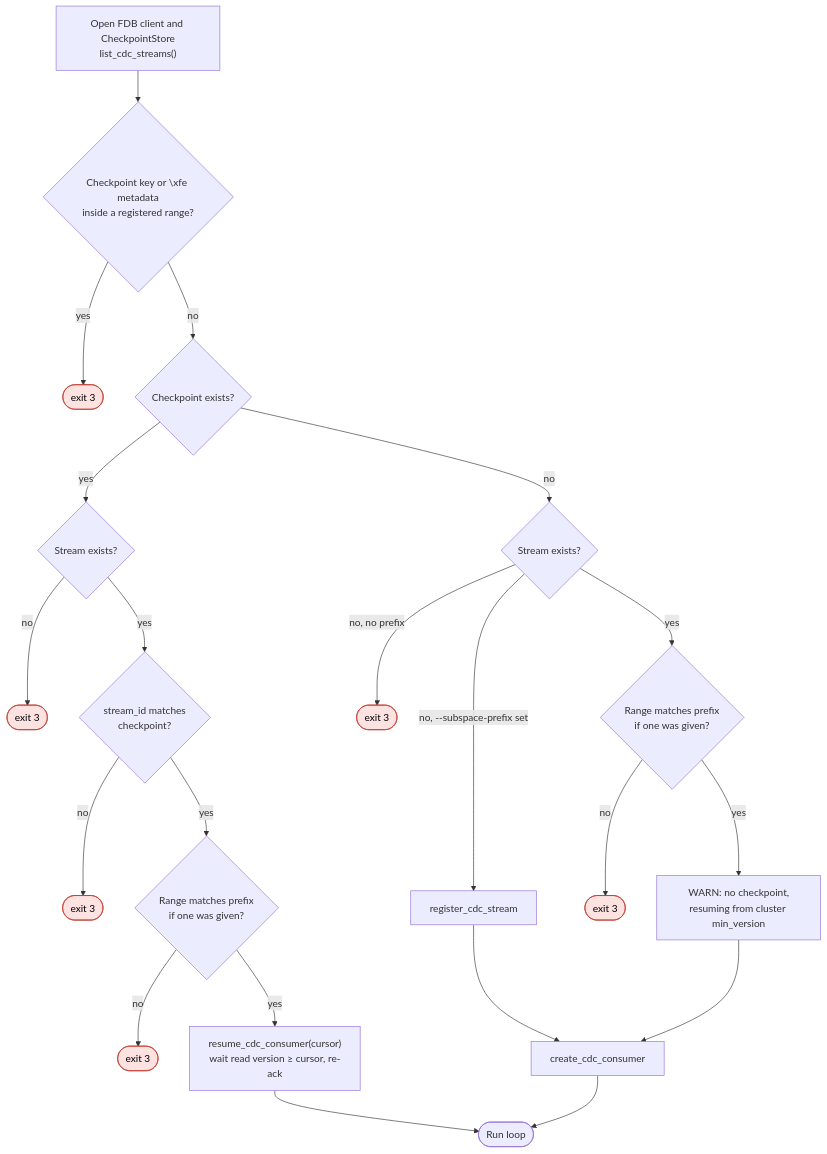
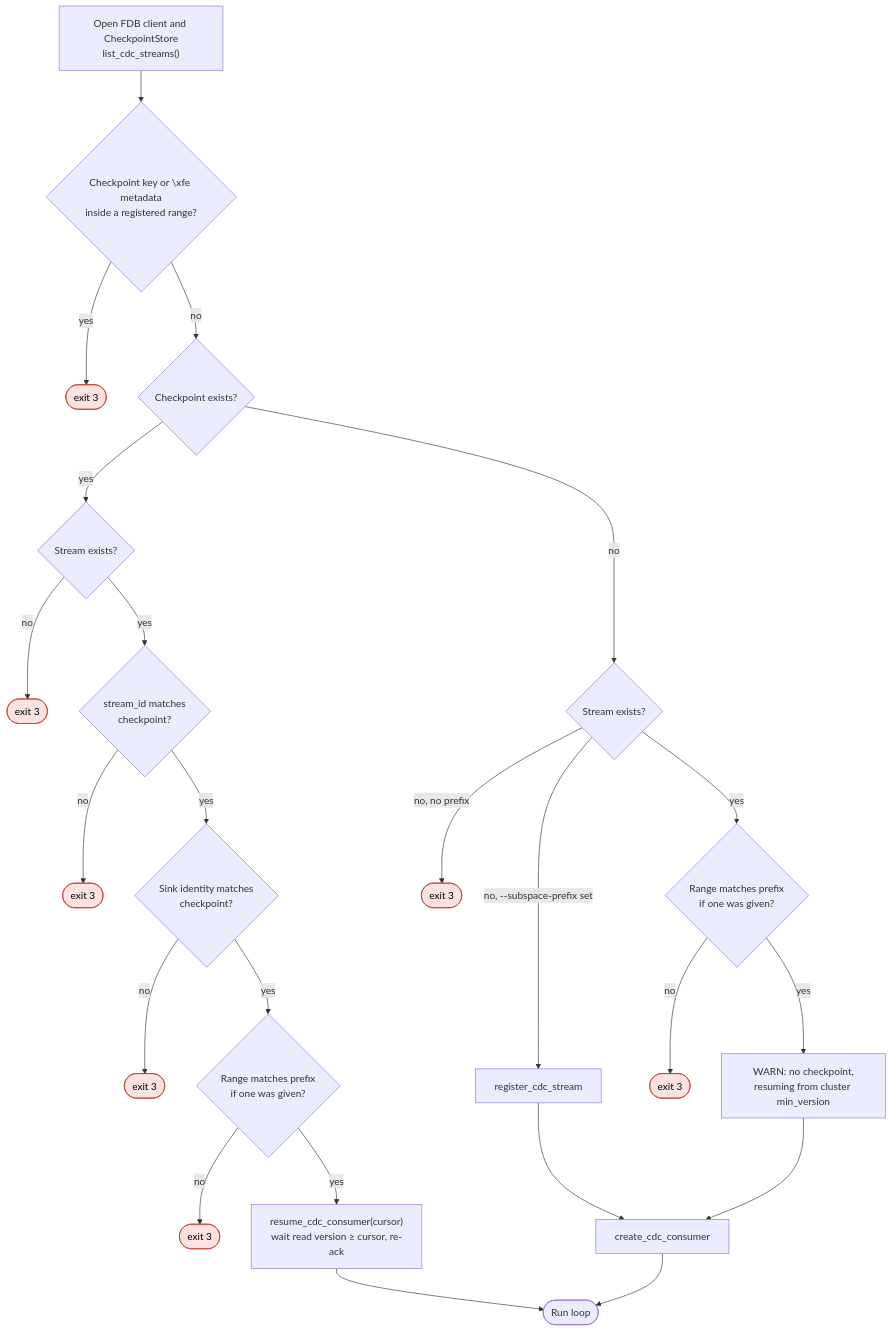
Before and after one commit to Ronitsabhaya75/Kafka-FDB-Streamline: the second of 3 diagrams in docs/CHECKPOINT-SPEC.md, drawn with Mermaid. The commit also changed other lines of this file and 2 other files, not shown here.

Commit message:
Updating spec to account for multi bridge data loss with checkpoint sink

````diff
--- a/docs/CHECKPOINT-SPEC.md
+++ b/docs/CHECKPOINT-SPEC.md
@@ -100,29 +119,31 @@
 ```mermaid
 flowchart TD
     OPEN["Open FDB client and CheckpointStore<br/>list_cdc_streams()"] --> OVL{"Checkpoint key or \xfe metadata<br/>inside a registered range?"}
     OVL -- yes --> E1(["exit 3"])
     OVL -- no --> HAS{"Checkpoint exists?"}
 
     HAS -- yes --> CEX{"Stream exists?"}
     CEX -- no --> E2(["exit 3"])
     CEX -- yes --> SID{"stream_id matches<br/>checkpoint?"}
     SID -- no --> E3(["exit 3"])
-    SID -- yes --> RNG2{"Range matches prefix<br/>if one was given?"}
+    SID -- yes --> SNK{"Sink identity matches<br/>checkpoint?"}
+    SNK -- no --> E7(["exit 3"])
+    SNK -- yes --> RNG2{"Range matches prefix<br/>if one was given?"}
     RNG2 -- no --> E4(["exit 3"])
     RNG2 -- yes --> RES["resume_cdc_consumer(cursor)<br/>wait read version ≥ cursor, re-ack"]
 
     HAS -- no --> SEX{"Stream exists?"}
     SEX -- "no, no prefix" --> E5(["exit 3"])
     SEX -- "no, --subspace-prefix set" --> REG["register_cdc_stream"]
     SEX -- yes --> RNG1{"Range matches prefix<br/>if one was given?"}
     RNG1 -- no --> E6(["exit 3"])
     RNG1 -- yes --> WARN["WARN: no checkpoint,<br/>resuming from cluster min_version"]
     REG --> FRESH["create_cdc_consumer"]
     WARN --> FRESH
 
     RES --> LOOP(["Run loop"])
     FRESH --> LOOP
 
     classDef fatal fill:#fde2e2,stroke:#c0392b,color:#000
-    class E1,E2,E3,E4,E5,E6 fatal
+    class E1,E2,E3,E4,E5,E6,E7 fatal
 ```
````
